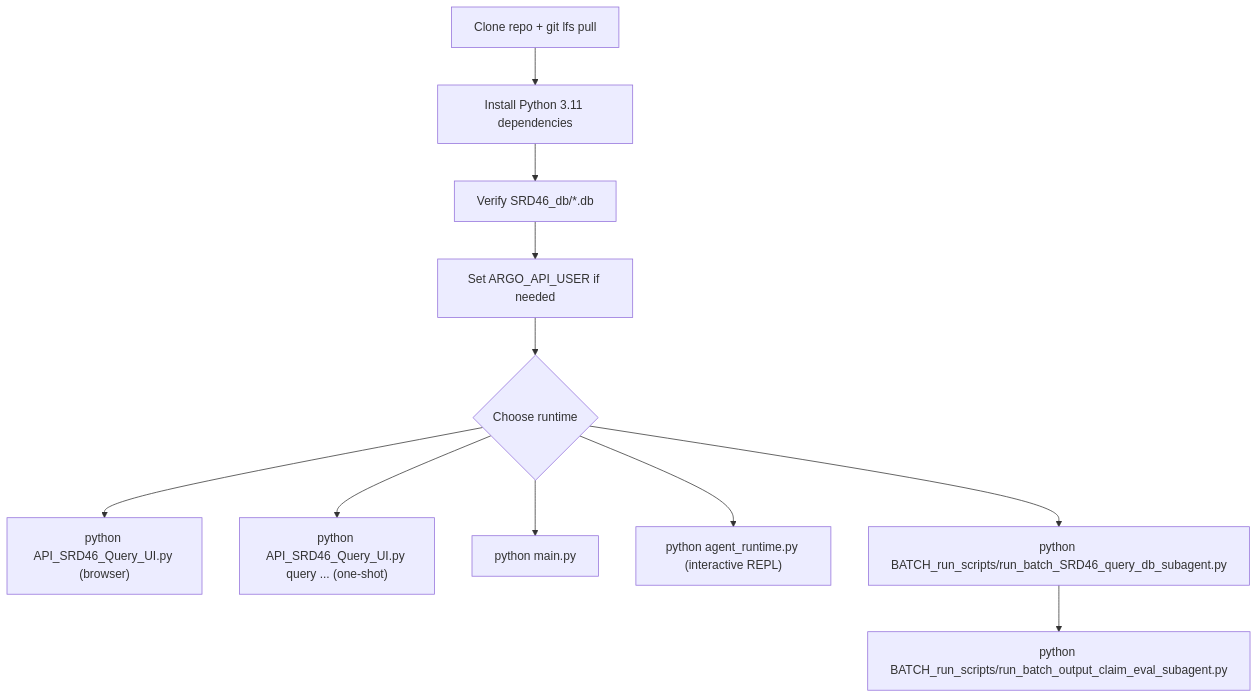
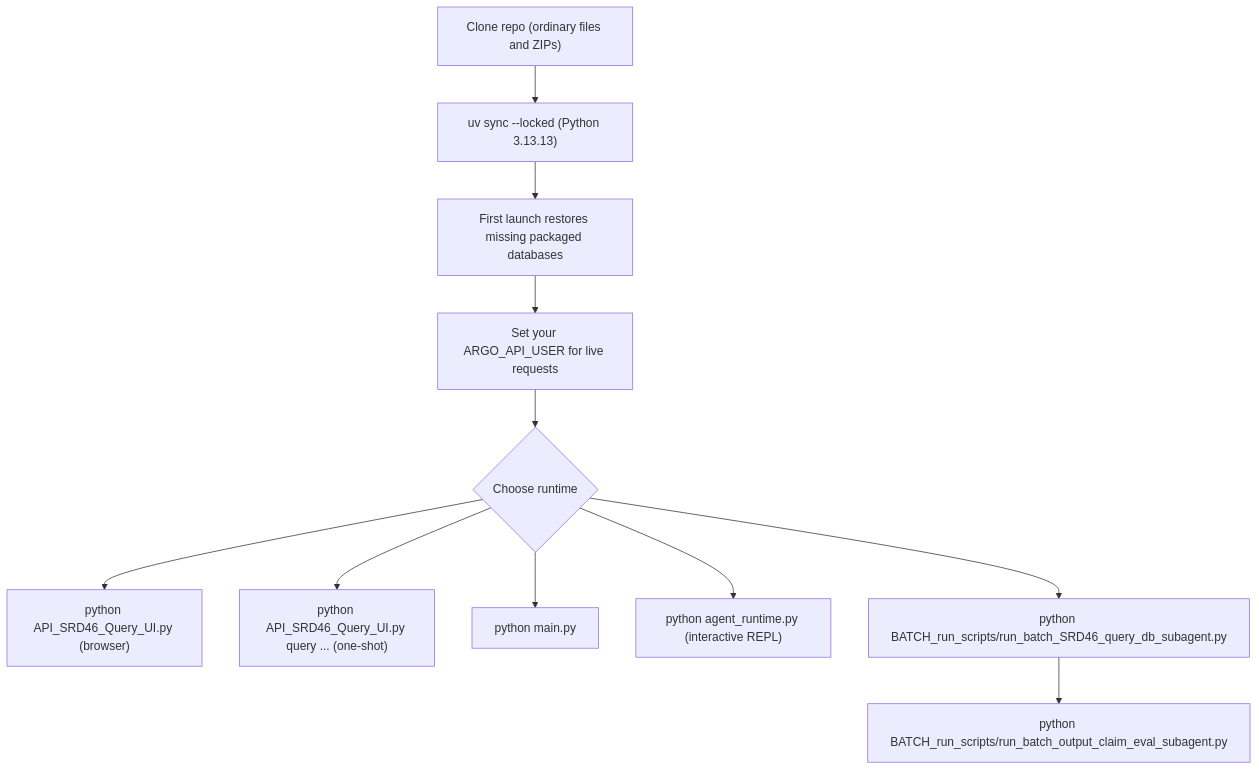
One commit to Yunkai0825/SRD46_MCP_query_agent_publication changed the diagram in INSTALLATION_GUIDE.md. Above: the diagram before and after it, drawn with Mermaid. The commit also changed other lines of this file and 56 other files, not shown here.

````diff
--- a/INSTALLATION_GUIDE.md
+++ b/INSTALLATION_GUIDE.md
@@ -7,13 +7,13 @@
 ```mermaid
 flowchart TD
-    clone["Clone repo + git lfs pull"] --> deps["Install Python 3.11 dependencies"]
-    deps --> db["Verify SRD46_db/*.db"]
-    db --> argo["Set ARGO_API_USER if needed"]
+    clone["Clone repo (ordinary files and ZIPs)"] --> deps["uv sync --locked (Python 3.13.13)"]
+    deps --> db["First launch restores missing packaged databases"]
+    db --> argo["Set your ARGO_API_USER for live requests"]
     argo --> choice{"Choose runtime"}
     choice --> api["python API_SRD46_Query_UI.py (browser)"]
     choice --> apiquery["python API_SRD46_Query_UI.py query ... (one-shot)"]
     choice --> mcp["python main.py"]
     choice --> repl["python agent_runtime.py (interactive REPL)"]
     choice --> batch["python BATCH_run_scripts/run_batch_SRD46_query_db_subagent.py"]
     batch --> eval["python BATCH_run_scripts/run_batch_output_claim_eval_subagent.py"]
 ```
````
